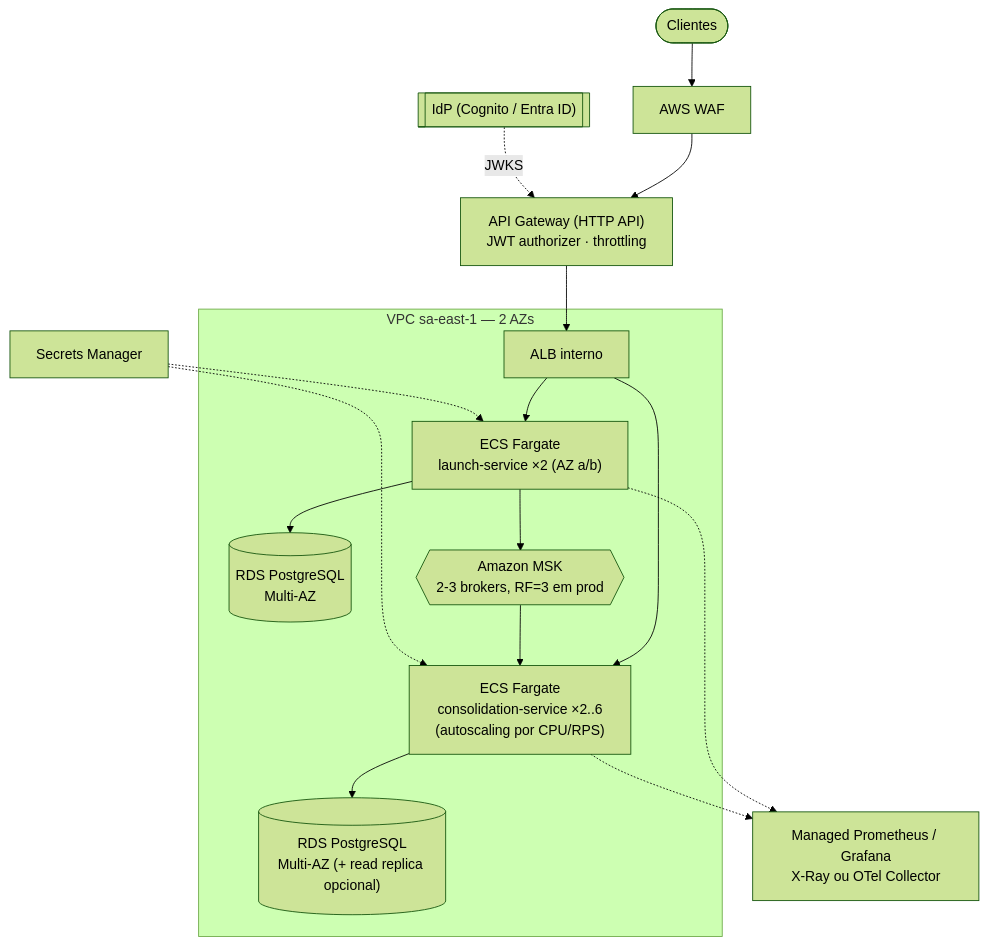
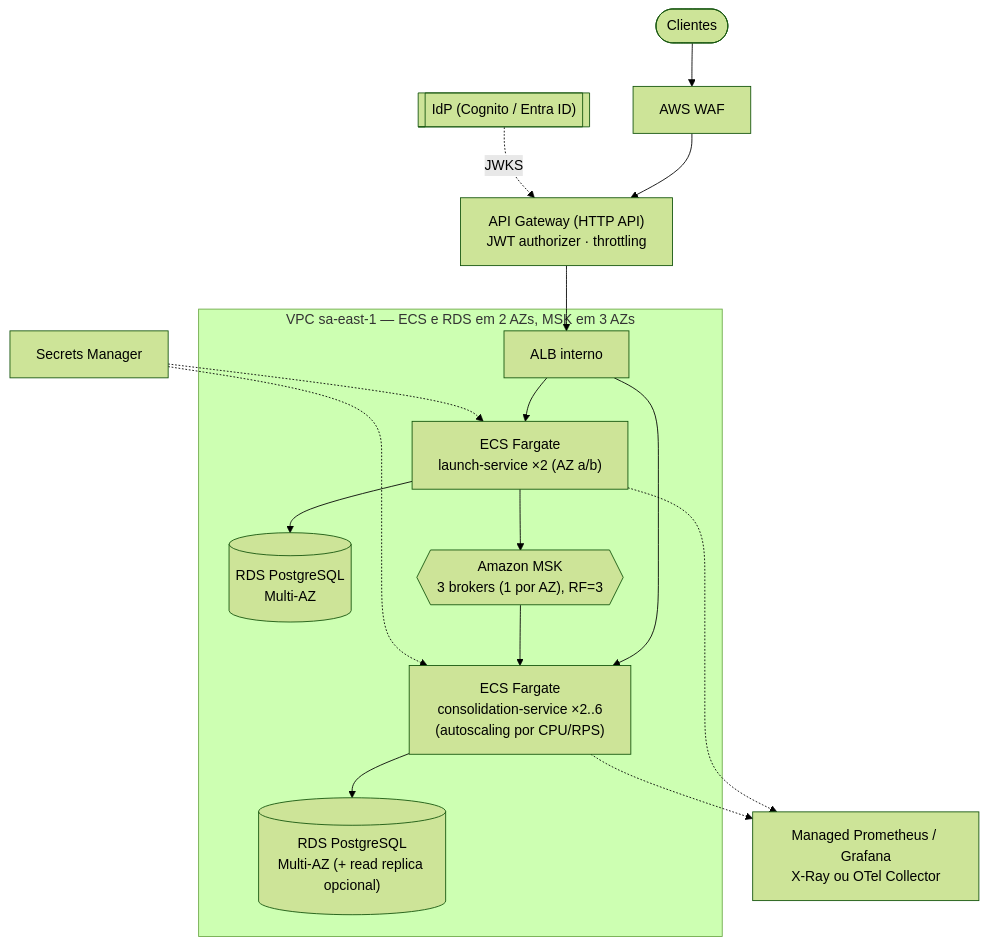
Before and after one commit to eniglio-ctrl/cash-flow-platform: the seventh of 7 diagrams in docs/03-arquitetura-alvo.md, drawn with Mermaid (forest theme). The commit also changed 11 other files, not shown here.

````diff
--- a/docs/03-arquitetura-alvo.md
+++ b/docs/03-arquitetura-alvo.md
@@ -248,16 +248,16 @@
 ```mermaid
 flowchart TB
     user(["Clientes"]) --> waf["AWS WAF"] --> apigw["API Gateway (HTTP API)<br/>JWT authorizer · throttling"]
     apigw --> alb["ALB interno"]
-    subgraph vpc["VPC sa-east-1 — 2 AZs"]
+    subgraph vpc["VPC sa-east-1 — ECS e RDS em 2 AZs, MSK em 3 AZs"]
         alb --> ecsL["ECS Fargate<br/>launch-service ×2 (AZ a/b)"]
         alb --> ecsC["ECS Fargate<br/>consolidation-service ×2..6<br/>(autoscaling por CPU/RPS)"]
         ecsL --> rdsL[("RDS PostgreSQL<br/>Multi-AZ")]
         ecsC --> rdsC[("RDS PostgreSQL<br/>Multi-AZ (+ read replica opcional)")]
-        ecsL --> msk{{"Amazon MSK<br/>2-3 brokers, RF=3 em prod"}}
+        ecsL --> msk{{"Amazon MSK<br/>3 brokers (1 por AZ), RF=3"}}
         msk --> ecsC
     end
     sm["Secrets Manager"] -.-> ecsL & ecsC
     ecsL & ecsC -.-> amp["Managed Prometheus / Grafana<br/>X-Ray ou OTel Collector"]
     idp[["IdP (Cognito / Entra ID)"]] -.JWKS.-> apigw
 ```
````
